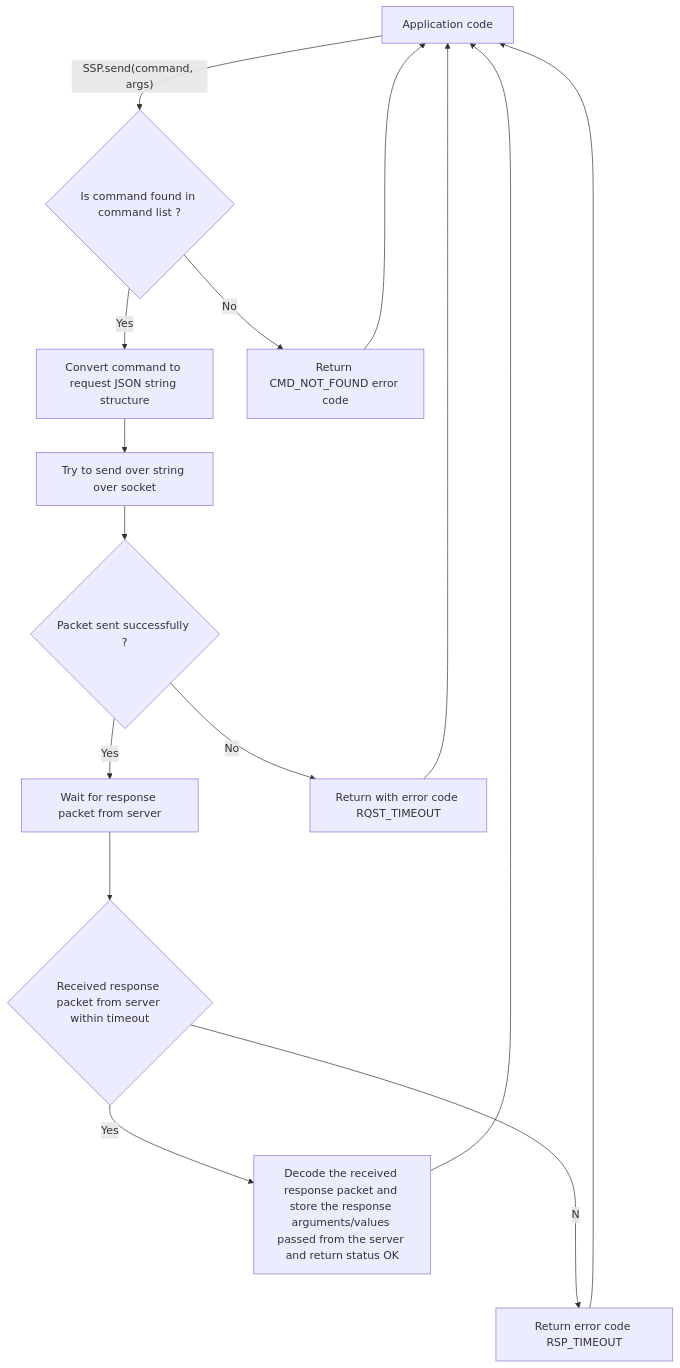
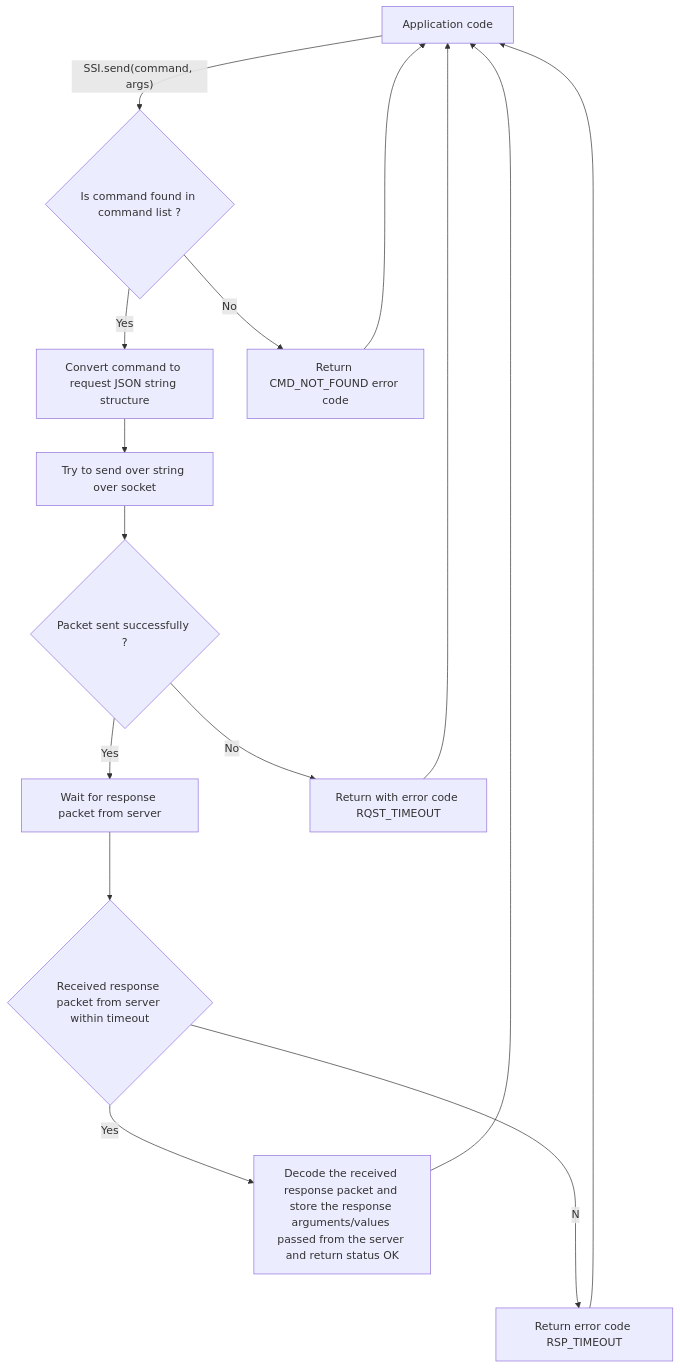
The first of 2 diagrams in README.md (PatrickAJoseph/simple-socket-interface), drawn with Mermaid before and after one commit. The commit also changed other lines of this file, not shown here.

````diff
--- a/README.md
+++ b/README.md
@@ -31,14 +31,14 @@
 ```mermaid
 graph TD
-    A[Application code] --SSP.send(command, args)--> B{Is command found in command list ?}
+    A[Application code] --SSI.send(command, args)--> B{Is command found in command list ?}
     B -- Yes --> C[Convert command to request JSON string structure]
     C --> E[Try to send over string over socket]
     E --> F{Packet sent successfully ?}
     F -- Yes --> G[Wait for response packet from server]
     F -- No --> H[Return with error code RQST_TIMEOUT] --> A
     B -- No --> D[Return CMD_NOT_FOUND error code]
     G ---> I{Received response packet from server within timeout}
     I --Yes-->J[Decode the received response packet and store the response arguments/values passed from the server and return status OK]-->A
     I --No--> K[Return error code RSP_TIMEOUT]-->A
     D --> A
 ```
````
